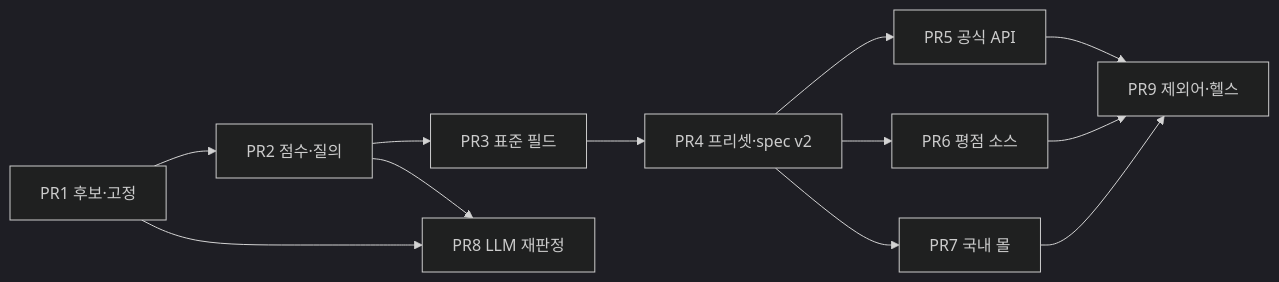
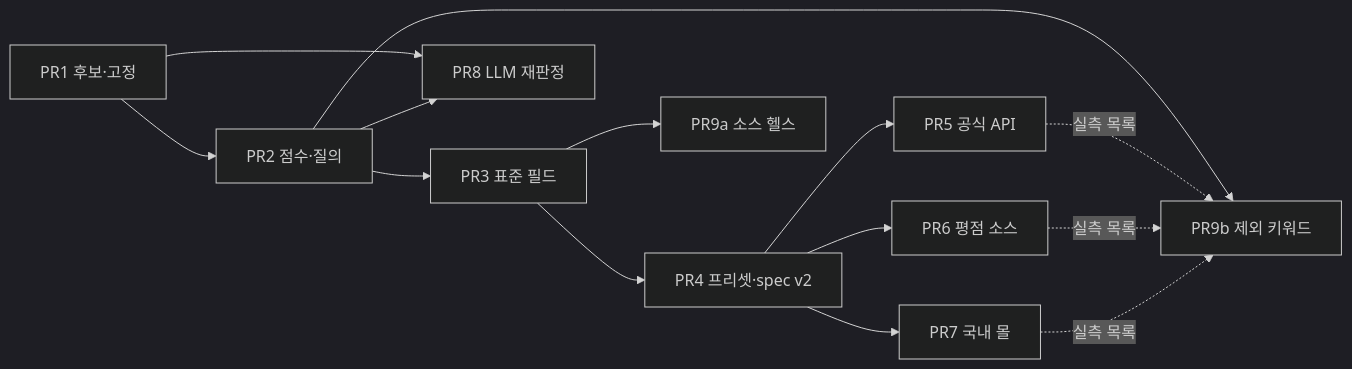
The diagram in docs/plan-external-v2.md (jihoon22-lee/SoolJang), drawn with Mermaid (dark theme) before and after one commit. The commit also changed other lines of this file and 1 other file, not shown here.

````diff
--- a/docs/plan-external-v2.md
+++ b/docs/plan-external-v2.md
@@ -70,14 +74,16 @@
 ```mermaid
 flowchart LR
     PR1[PR1 후보·고정] --> PR2[PR2 점수·질의]
     PR2 --> PR3[PR3 표준 필드]
     PR3 --> PR4[PR4 프리셋·spec v2]
     PR4 --> PR5[PR5 공식 API]
     PR4 --> PR6[PR6 평점 소스]
     PR4 --> PR7[PR7 국내 몰]
     PR1 --> PR8[PR8 LLM 재판정]
     PR2 --> PR8
-    PR5 --> PR9[PR9 제외어·헬스]
-    PR6 --> PR9
-    PR7 --> PR9
+    PR3 --> PR9a[PR9a 소스 헬스]
+    PR2 --> PR9b[PR9b 제외 키워드]
+    PR5 -.실측 목록.-> PR9b
+    PR6 -.실측 목록.-> PR9b
+    PR7 -.실측 목록.-> PR9b
 ```
````
